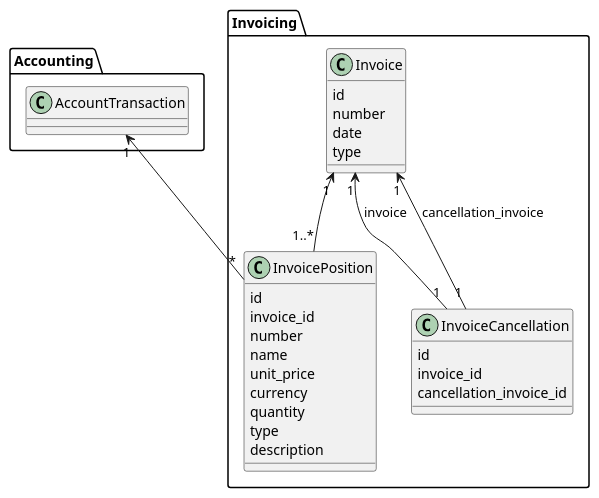
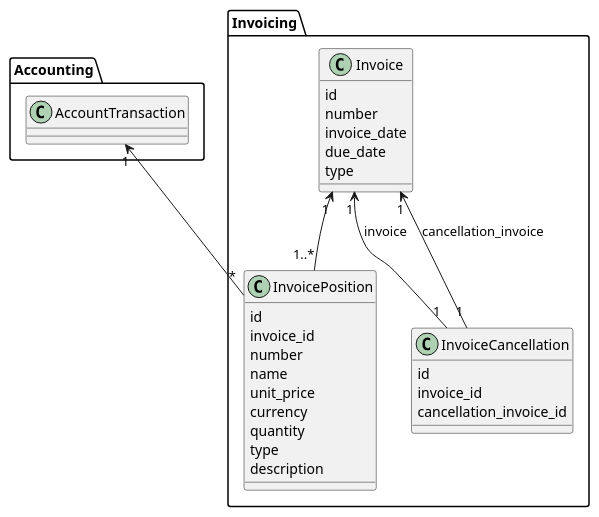
Before and after one commit to buffstop/PepCoopMembership: the eighth of 12 diagrams in docs/design/index.rst, drawn with PlantUML. The commit also changed other lines of this file, not shown here.

```diff
--- a/docs/design/index.rst
+++ b/docs/design/index.rst
@@ -467,44 +546,45 @@
 .. uml::
    :caption: UML class diagram of the Invoicing package.
 
    @startuml
    package Accounting {
        class AccountTransaction
    }
    package Invoicing {
        class Invoice {
            id
            number
-           date
+           invoice_date
+           due_date
            type
        }
 
        class InvoicePosition {
            id
            invoice_id
            number
            name
            unit_price
            currency
            quantity
            type
            description
 
            ' TODO: Eigentlich reicht es nicht, wenn hier Accounts referenziert
            ' werden, es müssen Buchungen auf einen Account referenziert werden.
            ' Pro Posten muss automatisch eine Buchung auf ein Konto erfolgen.
        }
 
        Invoice "1" <--"1..*" InvoicePosition
        AccountTransaction "1" <-- "*" InvoicePosition
 
        class InvoiceCancellation {
            id
            invoice_id
            cancellation_invoice_id
        }
 
        Invoice "1" <-- "1" InvoiceCancellation : invoice
        Invoice "1" <-- "1" InvoiceCancellation : cancellation_invoice
    }
    @enduml
```
